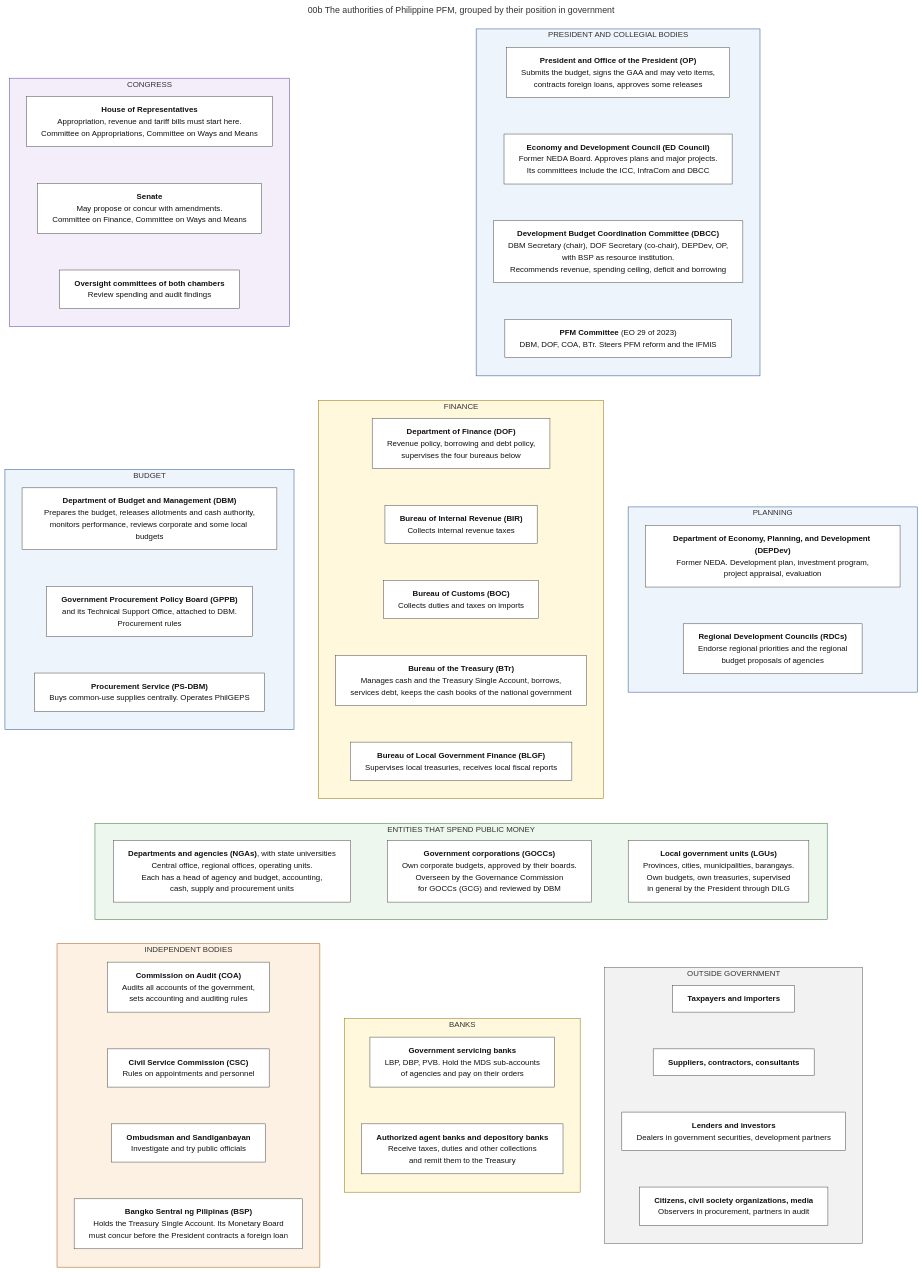
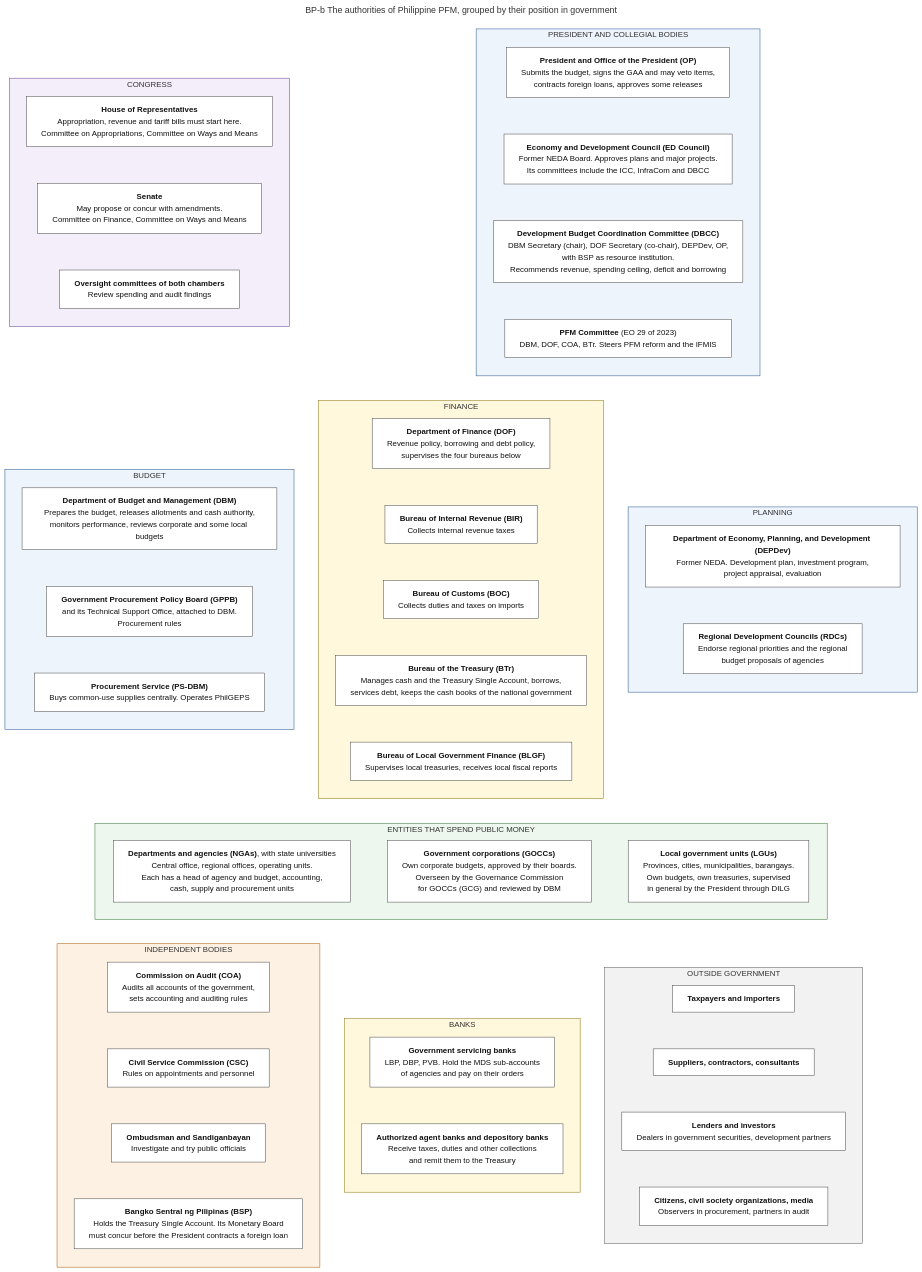
One commit to miraflor/philippine-pfm-atlas changed the second of 8 diagrams in docs/atlas/00_BIG_PICTURE.md. Above: the diagram before and after it, drawn with Mermaid. The commit also changed other lines of this file and 1266 other files, not shown here.

````diff
--- a/docs/atlas/00_BIG_PICTURE.md
+++ b/docs/atlas/00_BIG_PICTURE.md
@@ -242,6 +242,6 @@
 ```mermaid
 ---
-title: "00b  The authorities of Philippine PFM, grouped by their position in government"
+title: "BP-b  The authorities of Philippine PFM, grouped by their position in government"
 config:
   flowchart:
     wrappingWidth: 460
````
